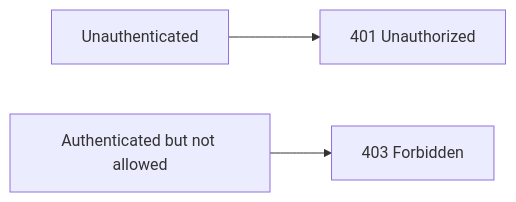
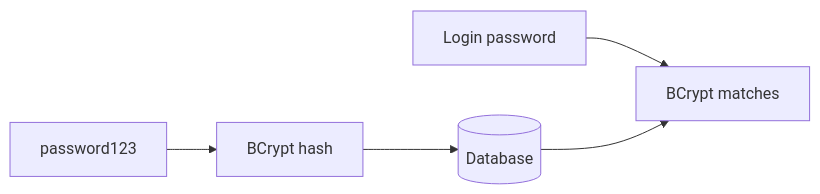
One commit to mthaiseer/springcloud-systemdesign-notes changed diagram 15 of 19 in HLD_NOTES/003_TECHNOLOGY_DEEP_DIVE/spring_boot_auth_authz_visual_reference.md. Above: the diagram before and after it, drawn with Mermaid. The commit also changed other lines of this file and 19 other files, not shown here.

````diff
--- a/HLD_NOTES/003_TECHNOLOGY_DEEP_DIVE/spring_boot_auth_authz_visual_reference.md
+++ b/HLD_NOTES/003_TECHNOLOGY_DEEP_DIVE/spring_boot_auth_authz_visual_reference.md
@@ -912,5 +1232,7 @@
 ```mermaid
 flowchart LR
-    A[Unauthenticated] --> B[401 Unauthorized]
-    C[Authenticated but not allowed] --> D[403 Forbidden]
+    Password[password123] --> Hash[BCrypt hash]
+    Hash --> DB[(Database)]
+    Login[Login password] --> Compare[BCrypt matches]
+    DB --> Compare
 ```
````
